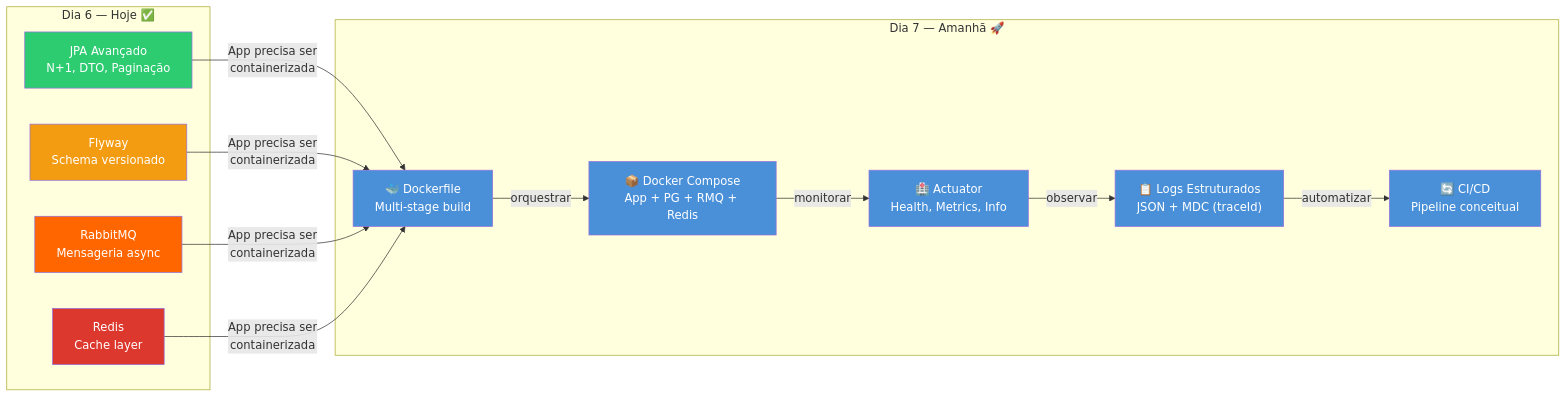
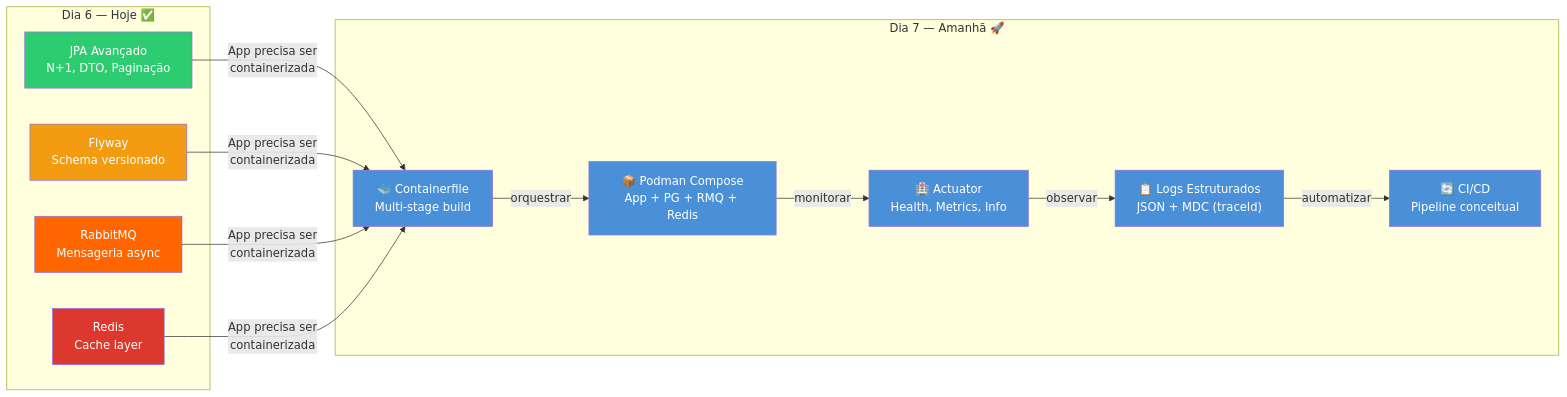
The sixth of 6 diagrams in dia-06/slide-16.md (deusemarjunior/trein-java-intermed), drawn with Mermaid before and after one commit. The commit also changed other lines of this file and 100 other files, not shown here.

Commit message:
removendo docker adicionando podman

````diff
--- a/dia-06/slide-16.md
+++ b/dia-06/slide-16.md
@@ -309,33 +309,33 @@
 ```mermaid
 flowchart LR
     subgraph "Dia 6 — Hoje ✅"
         D6A["JPA Avançado<br/>N+1, DTO, Paginação"]
         D6B["Flyway<br/>Schema versionado"]
         D6C["RabbitMQ<br/>Mensageria async"]
         D6D["Redis<br/>Cache layer"]
     end
 
     subgraph "Dia 7 — Amanhã 🚀"
-        D7A["🐳 Dockerfile<br/>Multi-stage build"]
-        D7B["📦 Docker Compose<br/>App + PG + RMQ + Redis"]
+        D7A["🐳 Containerfile<br/>Multi-stage build"]
+        D7B["📦 Podman Compose<br/>App + PG + RMQ + Redis"]
         D7C["🏥 Actuator<br/>Health, Metrics, Info"]
         D7D["📋 Logs Estruturados<br/>JSON + MDC (traceId)"]
         D7E["🔄 CI/CD<br/>Pipeline conceitual"]
     end
 
     D6A & D6B & D6C & D6D -->|"App precisa ser<br/>containerizada"| D7A
     D7A -->|"orquestrar"| D7B
     D7B -->|"monitorar"| D7C
     D7C -->|"observar"| D7D
     D7D -->|"automatizar"| D7E
 
     style D6A fill:#2ecc71,color:#fff
     style D6B fill:#f39c12,color:#fff
     style D6C fill:#ff6600,color:#fff
     style D6D fill:#dc382d,color:#fff
     style D7A fill:#4a90d9,color:#fff
     style D7B fill:#4a90d9,color:#fff
     style D7C fill:#4a90d9,color:#fff
     style D7D fill:#4a90d9,color:#fff
     style D7E fill:#4a90d9,color:#fff
 ```
````
